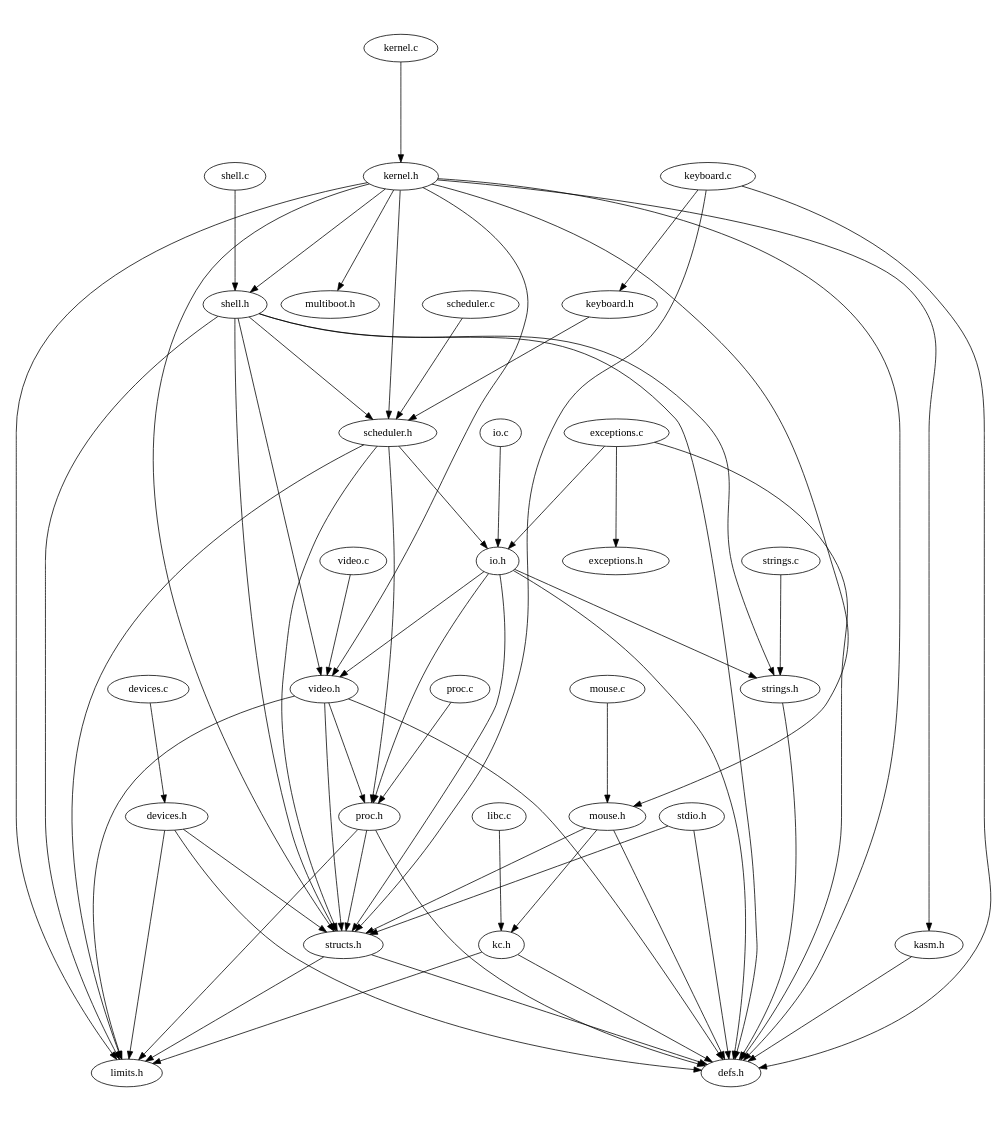
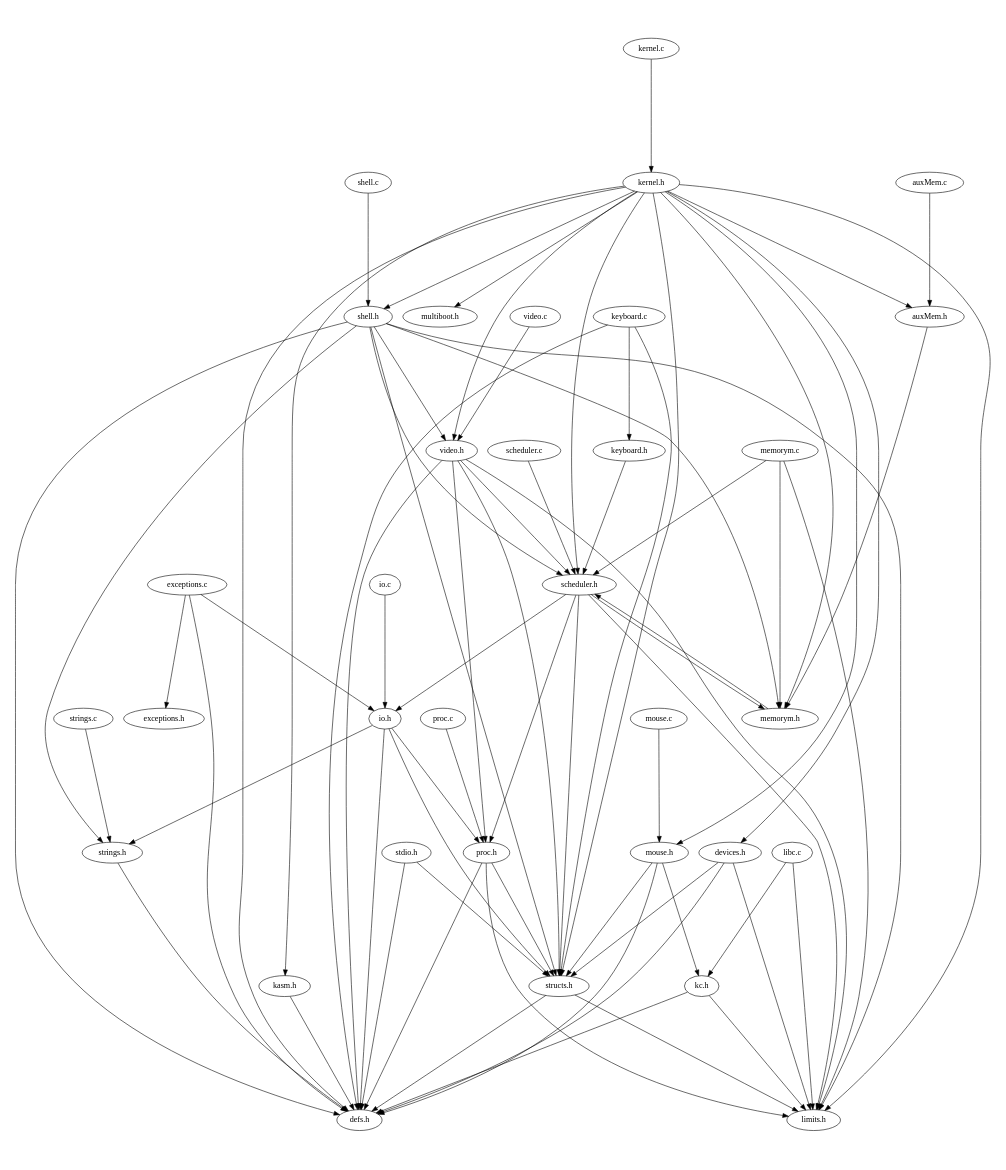
One commit to akarpovsky/SO_TPE changed the diagram in TPE2/algo.dot. Above: the diagram before and after it, drawn with Graphviz. The commit also changed 19 other files, not shown here.

```diff
--- a/TPE2/algo.dot
+++ b/TPE2/algo.dot
@@ -1,70 +1,81 @@
 digraph "source tree" {
     overlap=scale;
     size="8,10";
     ratio="fill";
     fontsize="16";
     fontname="Helvetica";
 	clusterrank="local";
 	"video.c" -> "video.h"
 	"kernel.h" -> "structs.h"
 	"io.c" -> "io.h"
-	"mouse.h" -> "kc.h"
-	"mouse.h" -> "structs.h"
 	"kernel.h" -> "limits.h"
 	"kernel.h" -> "shell.h"
-	"shell.h" -> "structs.h"
 	"kernel.h" -> "video.h"
 	"structs.h" -> "limits.h"
-	"libc.c" -> "kc.h"
+	"kernel.h" -> "devices.h"
 	"keyboard.h" -> "scheduler.h"
-	"exceptions.c" -> "io.h"
 	"shell.h" -> "defs.h"
 	"shell.h" -> "strings.h"
-	"shell.h" -> "limits.h"
-	"scheduler.h" -> "structs.h"
 	"keyboard.c" -> "keyboard.h"
-	"exceptions.c" -> "defs.h"
 	"proc.h" -> "limits.h"
-	"kernel.c" -> "kernel.h"
-	"shell.h" -> "video.h"
 	"mouse.c" -> "mouse.h"
 	"video.h" -> "proc.h"
 	"strings.h" -> "defs.h"
-	"io.h" -> "video.h"
-	"scheduler.h" -> "limits.h"
+	"kernel.h" -> "auxMem.h"
 	"scheduler.c" -> "scheduler.h"
 	"structs.h" -> "defs.h"
 	"keyboard.c" -> "structs.h"
-	"scheduler.h" -> "proc.h"
-	"keyboard.c" -> "defs.h"
 	"mouse.h" -> "defs.h"
 	"io.h" -> "defs.h"
-	"devices.c" -> "devices.h"
-	"devices.h" -> "structs.h"
-	"exceptions.c" -> "exceptions.h"
 	"strings.c" -> "strings.h"
-	"video.h" -> "structs.h"
-	"proc.c" -> "proc.h"
-	"kernel.h" -> "mouse.h"
+	"memorym.c" -> "memorym.h"
 	"shell.h" -> "scheduler.h"
-	"shell.c" -> "shell.h"
 	"stdio.h" -> "structs.h"
 	"kernel.h" -> "multiboot.h"
 	"proc.h" -> "defs.h"
-	"proc.h" -> "structs.h"
-	"kernel.h" -> "scheduler.h"
-	"devices.h" -> "defs.h"
 	"kernel.h" -> "defs.h"
 	"io.h" -> "proc.h"
 	"video.h" -> "defs.h"
 	"io.h" -> "strings.h"
+	"auxMem.h" -> "memorym.h"
+	"kc.h" -> "defs.h"
+	"video.h" -> "limits.h"
+	"memorym.h" -> "scheduler.h"
+	"io.h" -> "structs.h"
+	"stdio.h" -> "defs.h"
+	"kernel.h" -> "kasm.h"
+	"mouse.h" -> "structs.h"
+	"mouse.h" -> "kc.h"
+	"shell.h" -> "structs.h"
+	"video.h" -> "scheduler.h"
+	"memorym.c" -> "scheduler.h"
+	"libc.c" -> "kc.h"
+	"exceptions.c" -> "io.h"
+	"kernel.h" -> "memorym.h"
+	"auxMem.c" -> "auxMem.h"
+	"shell.h" -> "limits.h"
+	"scheduler.h" -> "structs.h"
+	"exceptions.c" -> "defs.h"
+	"kernel.c" -> "kernel.h"
+	"libc.c" -> "limits.h"
+	"shell.h" -> "video.h"
+	"scheduler.h" -> "limits.h"
+	"keyboard.c" -> "defs.h"
+	"scheduler.h" -> "proc.h"
+	"exceptions.c" -> "exceptions.h"
+	"devices.h" -> "structs.h"
+	"video.h" -> "structs.h"
+	"kernel.h" -> "mouse.h"
+	"proc.c" -> "proc.h"
+	"shell.c" -> "shell.h"
+	"memorym.c" -> "limits.h"
+	"proc.h" -> "structs.h"
+	"kernel.h" -> "scheduler.h"
+	"devices.h" -> "defs.h"
 	"devices.h" -> "limits.h"
 	"scheduler.h" -> "io.h"
-	"kc.h" -> "defs.h"
+	"shell.h" -> "memorym.h"
+	"scheduler.h" -> "memorym.h"
 	"kasm.h" -> "defs.h"
-	"video.h" -> "limits.h"
-	"io.h" -> "structs.h"
 	"kc.h" -> "limits.h"
-	"stdio.h" -> "defs.h"
-	"kernel.h" -> "kasm.h"
 }
```
